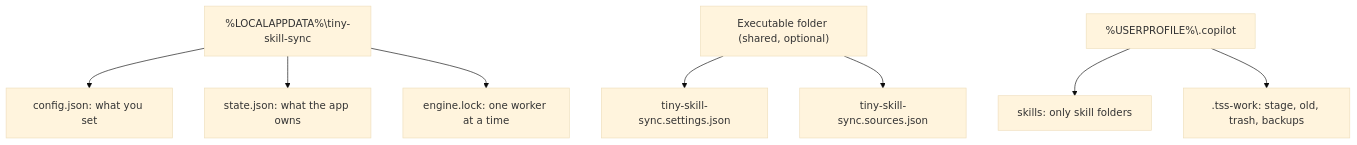
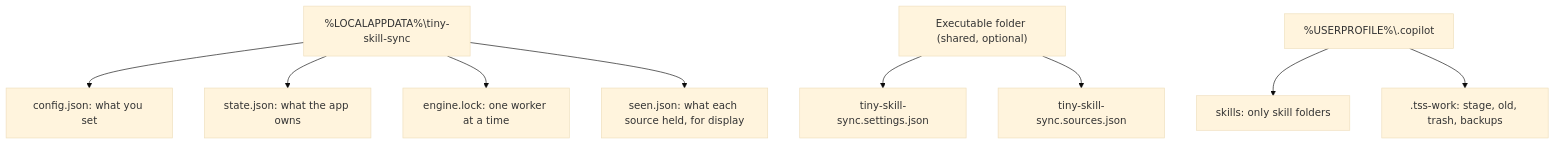
One commit to AngelosP/tiny-skill-sync changed the sixth of 6 diagrams in ARCHITECTURE.md. Above: the diagram before and after it, drawn with Mermaid (base theme). The commit also changed other lines of this file and 61 other files, not shown here.

````diff
--- a/ARCHITECTURE.md
+++ b/ARCHITECTURE.md
@@ -503,10 +608,11 @@
 ```mermaid
 flowchart TD
     Home["%LOCALAPPDATA%\tiny-skill-sync"] --> Config[config.json: what you set]
     Home --> StateFile[state.json: what the app owns]
     Home --> LockFile[engine.lock: one worker at a time]
+    Home --> Seen[seen.json: what each source held, for display]
     Exe["Executable folder (shared, optional)"] --> Settings[tiny-skill-sync.settings.json]
     Exe --> Sources[tiny-skill-sync.sources.json]
     Parent["%USERPROFILE%\.copilot"] --> Skills[skills: only skill folders]
     Parent --> Work[.tss-work: stage, old, trash, backups]
 ```
````
